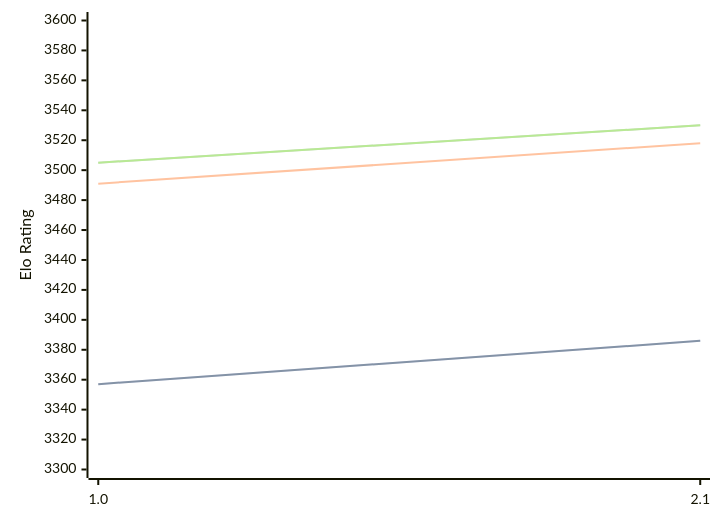
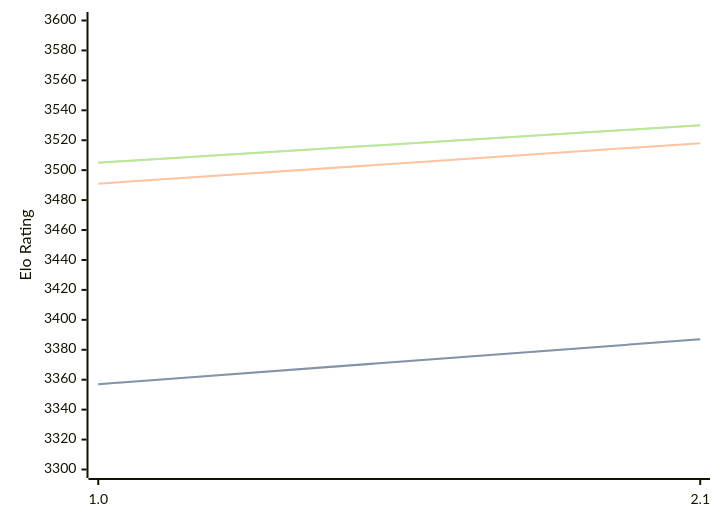
Before and after one commit to computer-chess-index/cci: the diagram in engines/Hobbes.md, drawn with Mermaid. The commit also changed other lines of this file, not shown here.

````diff
--- a/engines/Hobbes.md
+++ b/engines/Hobbes.md
@@ -33,11 +33,11 @@
 ```mermaid
 %%{init: {"theme":"base","themeVariables":{"seriesColors:['#a3a3a3','#222221','#faa371']}}}%%
 xychart-beta
   x-axis ["1.0", "2.1"]
   y-axis "Elo Rating" 3300 --> 3600
-  line "STC (8.0+0.08s)" [3357, 3386]
-  line "STC (8.0+0.08s)" [3357, 3386]
+  line "STC (8.0+0.08s)" [3357, 3387]
+  line "STC (8.0+0.08s)" [3357, 3387]
   line "LTC (60.0+0.60s)" [3491, 3518]
   line "VLTC (2m24s+1.12s)" [3505, 3530]
   line "VLTC (2m24s+1.12s)" [3505, 3530]
 ```
````
